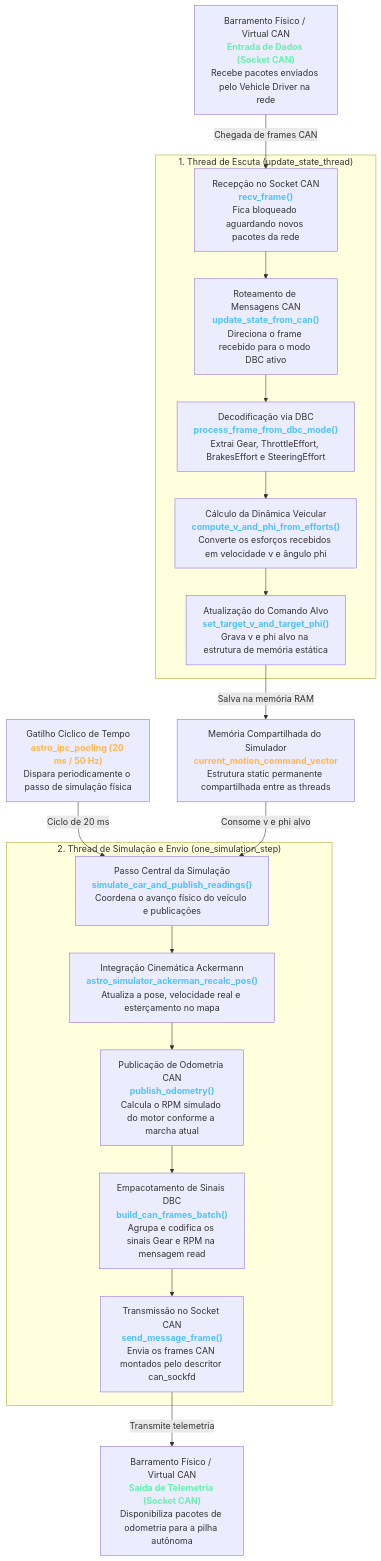
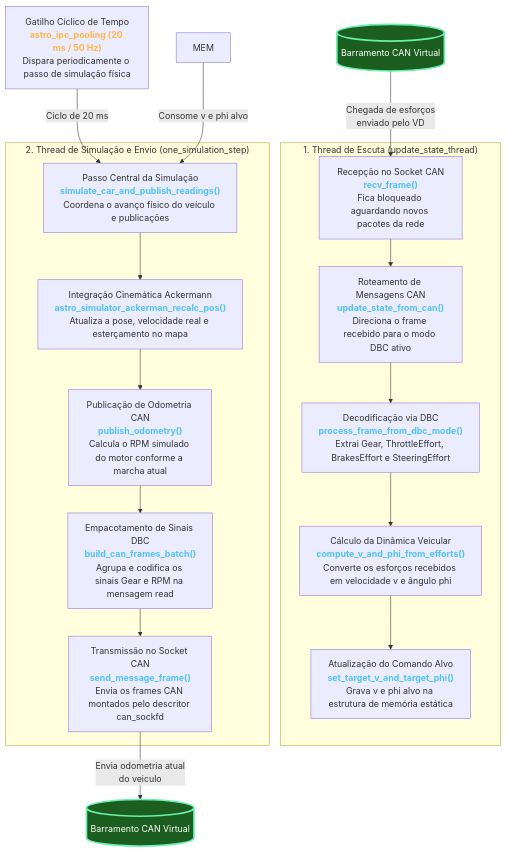
Before and after one commit to BrenoCSilva/lume: the second of 2 diagrams in simulator_ackerman/docs/01_arquitetura_e_fluxo_geral.md, drawn with Mermaid. The commit also changed other lines of this file, not shown here.

````diff
--- a/simulator_ackerman/docs/01_arquitetura_e_fluxo_geral.md
+++ b/simulator_ackerman/docs/01_arquitetura_e_fluxo_geral.md
@@ -77,29 +101,34 @@
 ```mermaid
 flowchart TD
-    CAN_IN["Barramento Físico / Virtual CAN<br/><b style='color:#69f0ae'>Entrada de Dados (Socket CAN)</b><br/>Recebe pacotes enviados pelo Vehicle Driver na rede"]
+    
+    CAN_BUS[("Barramento CAN Virtual")]
 
-    CAN_IN -->|"Chegada de frames CAN"| RECV
+    CAN_BUS -->|"Chegada de esforços <br/>enviado pelo VD"| RECV
 
     subgraph ThreadEscuta ["1. Thread de Escuta (update_state_thread)"]
         RECV["Recepção no Socket CAN<br/><b style='color:#4fc3f7'>recv_frame()</b><br/>Fica bloqueado aguardando novos pacotes da rede"]
         RECV --> UPDATE["Roteamento de Mensagens CAN<br/><b style='color:#4fc3f7'>update_state_from_can()</b><br/>Direciona o frame recebido para o modo DBC ativo"]
         UPDATE --> PROC_DBC["Decodificação via DBC<br/><b style='color:#4fc3f7'>process_frame_from_dbc_mode()</b><br/>Extrai Gear, ThrottleEffort, BrakesEffort e SteeringEffort"]
         PROC_DBC --> CALC_DYN["Cálculo da Dinâmica Veicular<br/><b style='color:#4fc3f7'>compute_v_and_phi_from_efforts()</b><br/>Converte os esforços recebidos em velocidade v e ângulo phi"]
         CALC_DYN --> SET_TARGET["Atualização do Comando Alvo<br/><b style='color:#4fc3f7'>set_target_v_and_target_phi()</b><br/>Grava v e phi alvo na estrutura de memória estática"]
     end
-
-    SET_TARGET -->|"Salva na memória RAM"| MEM["Memória Compartilhada do Simulador<br/><b style='color:#ffb74d'>current_motion_command_vector</b><br/>Estrutura static permanente compartilhada entre as threads"]
 
     TIMER["Gatilho Cíclico de Tempo<br/><b style='color:#ffb74d'>astro_ipc_pooling (20 ms / 50 Hz)</b><br/>Dispara periodicamente o passo de simulação física"] -->|"Ciclo de 20 ms"| SIM_STEP
     MEM -->|"Consome v e phi alvo"| SIM_STEP
 
     subgraph ThreadSimulacao ["2. Thread de Simulação e Envio (one_simulation_step)"]
         SIM_STEP["Passo Central da Simulação<br/><b style='color:#4fc3f7'>simulate_car_and_publish_readings()</b><br/>Coordena o avanço físico do veículo e publicações"]
         SIM_STEP --> RECALC["Integração Cinemática Ackermann<br/><b style='color:#4fc3f7'>astro_simulator_ackerman_recalc_pos()</b><br/>Atualiza a pose, velocidade real e esterçamento no mapa"]
         RECALC --> PUB_ODO["Publicação de Odometria CAN<br/><b style='color:#4fc3f7'>publish_odometry()</b><br/>Calcula o RPM simulado do motor conforme a marcha atual"]
         PUB_ODO --> BATCH["Empacotamento de Sinais DBC<br/><b style='color:#4fc3f7'>build_can_frames_batch()</b><br/>Agrupa e codifica os sinais Gear e RPM na mensagem read"]
         BATCH --> SEND["Transmissão no Socket CAN<br/><b style='color:#4fc3f7'>send_message_frame()</b><br/>Envia os frames CAN montados pelo descritor can_sockfd"]
     end
 
-    SEND -->|"Transmite telemetria"| CAN_OUT["Barramento Físico / Virtual CAN<br/><b style='color:#69f0ae'>Saída de Telemetria (Socket CAN)</b><br/>Disponibiliza pacotes de odometria para a pilha autônoma"]
+    SEND -->|"Envia odometria atual<br/> do veiculo"| CAN_BUS_2
+   
+    CAN_BUS_2[("Barramento CAN Virtual")]
+
+    style CAN_BUS fill:#1b5e20,stroke:#69f0ae,stroke-width:3px,color:#ffffff
+    style CAN_BUS_2 fill:#1b5e20,stroke:#69f0ae,stroke-width:3px,color:#ffffff
+
 ```
````
